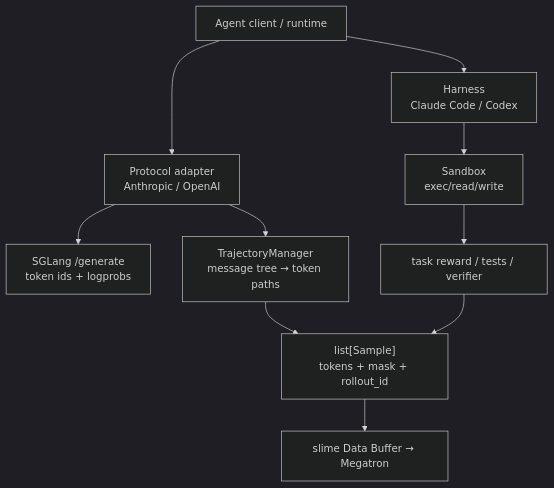
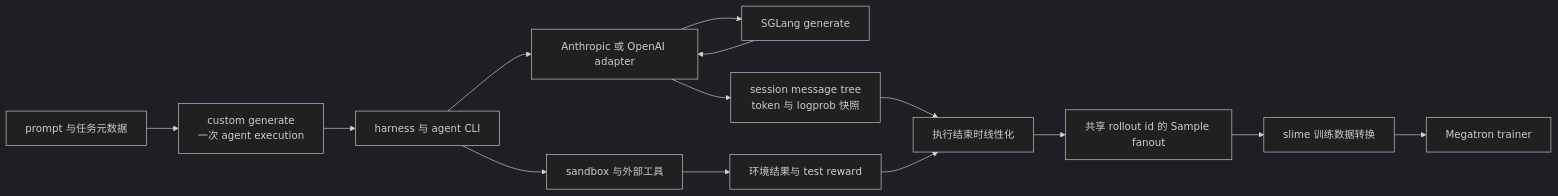
The diagram in wiki/02_engineering/04_posttrain_frameworks/slime/24_slime_agent_workflow_examples_analysis.md (suhaibo666/llm-knowledge), drawn with Mermaid (dark theme) before and after one commit. The commit also changed other lines of this file and 2 other files, not shown here.

Commit message:
docs: explain slime precision model and agent extension contracts

````diff
--- a/wiki/02_engineering/04_posttrain_frameworks/slime/24_slime_agent_workflow_examples_analysis.md
+++ b/wiki/02_engineering/04_posttrain_frameworks/slime/24_slime_agent_workflow_examples_analysis.md
@@ -15,12 +38,16 @@
 ```mermaid
-flowchart TB
-    A["Agent client / runtime"] --> B["Protocol adapter\nAnthropic / OpenAI"]
-    B --> C["SGLang /generate\ntoken ids + logprobs"]
-    A --> D["Harness\nClaude Code / Codex"]
-    D --> E["Sandbox\nexec/read/write"]
-    B --> F["TrajectoryManager\nmessage tree → token paths"]
-    E --> G["task reward / tests / verifier"]
-    F --> H["list[Sample]\ntokens + mask + rollout_id"]
-    G --> H
-    H --> I["slime Data Buffer → Megatron"]
+flowchart LR
+    DS["prompt 与任务元数据"] --> CG["custom generate<br/>一次 agent execution"]
+    CG --> HR["harness 与 agent CLI"]
+    HR --> SB["sandbox 与外部工具"]
+    HR --> AD["Anthropic 或 OpenAI adapter"]
+    AD --> SG["SGLang generate"]
+    SG --> AD
+    AD --> TM["session message tree<br/>token 与 logprob 快照"]
+    SB --> EV["环境结果与 test reward"]
+    TM --> LX["执行结束时线性化"]
+    EV --> LX
+    LX --> FO["共享 rollout id 的 Sample fanout"]
+    FO --> CV["slime 训练数据转换"]
+    CV --> TR["Megatron trainer"]
 ```
````
